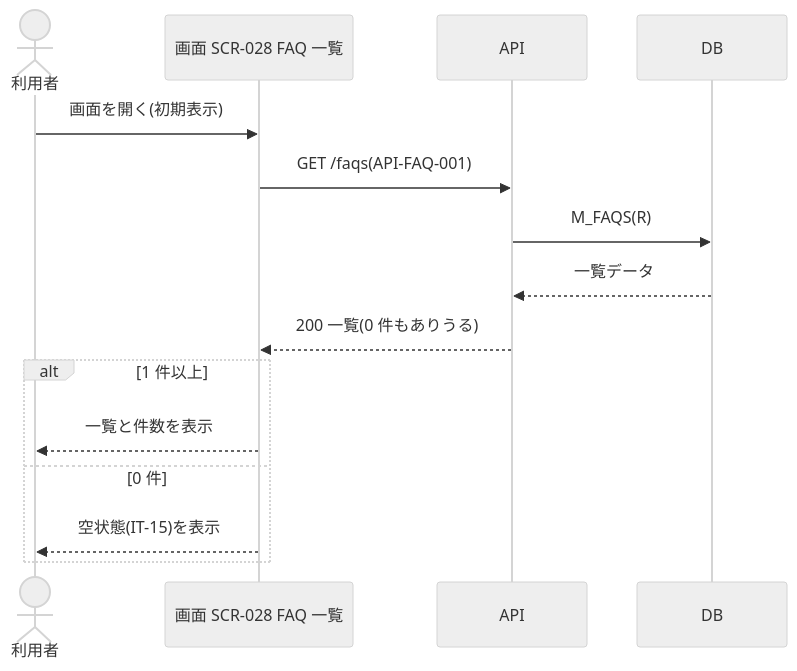
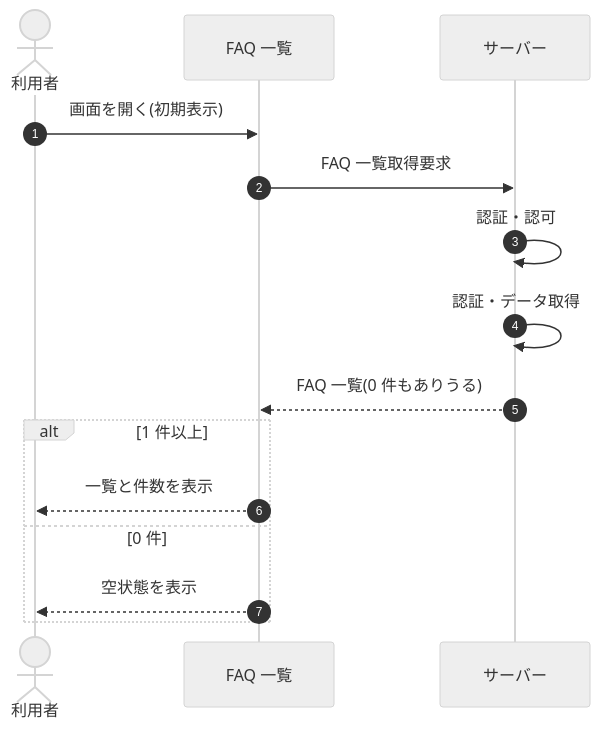
Before and after one commit to sikakou54/open-faq: the diagram in 02_basic_design/05_sequences/SEQ-024.md, drawn with Mermaid (neutral theme). The commit also changed other lines of this file and 108 other files, not shown here.

First line of the commit message:
基本設計: シーケンス図を基本設計粒度(ユーザー/画面/サーバー)へ再編成

````diff
--- a/02_basic_design/05_sequences/SEQ-024.md
+++ b/02_basic_design/05_sequences/SEQ-024.md
@@ -25,17 +32,17 @@
 ```mermaid
 sequenceDiagram
+  autonumber
   actor U as 利用者
-  participant S as 画面 SCR-028 FAQ 一覧
-  participant API as API
-  participant DB as DB
-  U->>S: 画面を開く(初期表示)
-  S->>API: GET /faqs(API-FAQ-001)
-  API->>DB: M_FAQS(R)
-  DB-->>API: 一覧データ
-  API-->>S: 200 一覧(0 件もありうる)
+  participant Screen as FAQ 一覧
+  participant Server as サーバー
+  U->>Screen: 画面を開く(初期表示)
+  Screen->>Server: FAQ 一覧取得要求
+  Server->>Server: 認証・認可
+  Server->>Server: 認証・データ取得
+  Server-->>Screen: FAQ 一覧(0 件もありうる)
   alt 1 件以上
-    S-->>U: 一覧と件数を表示
+    Screen-->>U: 一覧と件数を表示
   else 0 件
-    S-->>U: 空状態(IT-15)を表示
+    Screen-->>U: 空状態を表示
   end
 ```
````
